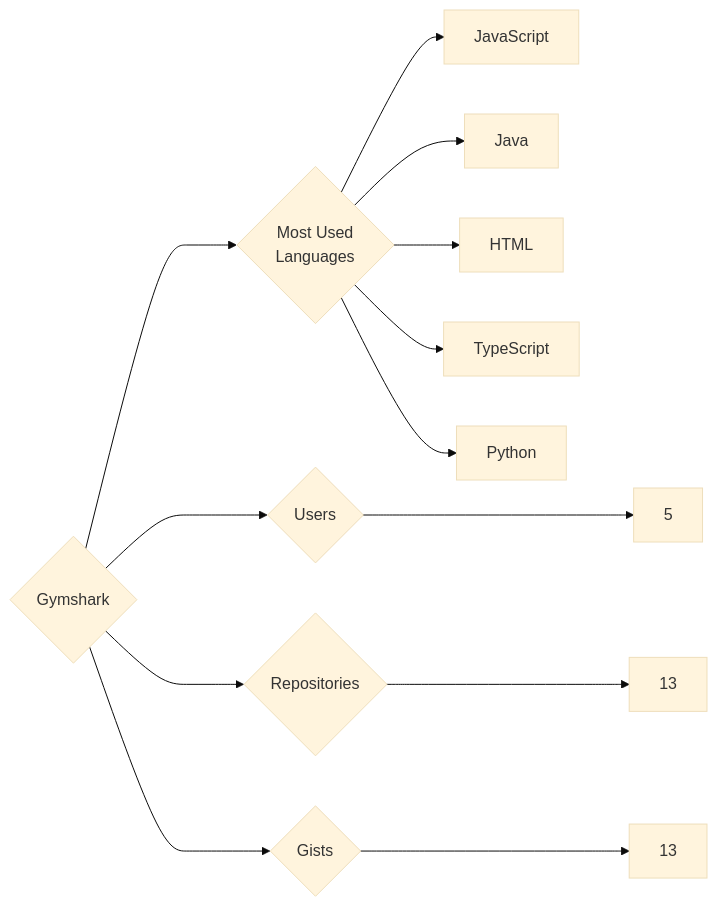
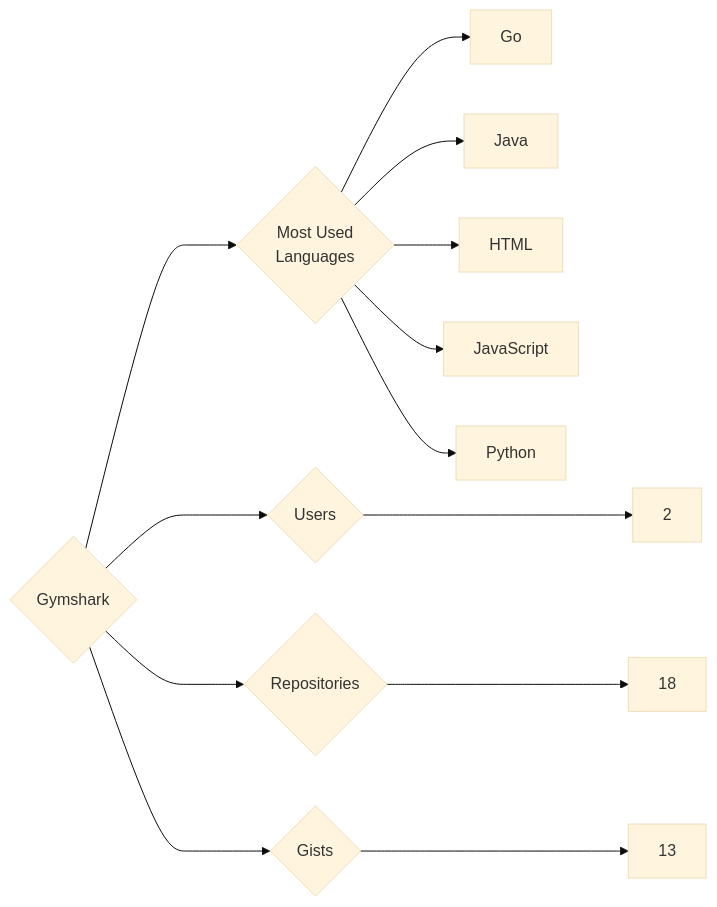
One commit to trickest/insiders changed the diagram in targets/Gymshark/README.md. Above: the diagram before and after it, drawn with Mermaid (base theme). The commit also changed 880 other files, not shown here.

````diff
--- a/targets/Gymshark/README.md
+++ b/targets/Gymshark/README.md
@@ -3,13 +3,13 @@
 ```mermaid
 graph LR
 COMPANY_NAME{Gymshark}
-COMPANY_NAME ---> U{Users} ---> UN[5]
-COMPANY_NAME ---> R{Repositories} ---> RN[13]
+COMPANY_NAME ---> U{Users} ---> UN[2]
+COMPANY_NAME ---> R{Repositories} ---> RN[18]
 COMPANY_NAME ---> G{Gists} ---> GN[13]
 COMPANY_NAME ---> ML{Most Used<br>Languages}
-ML --> JavaScript[JavaScript]
+ML --> Go[Go]
 ML --> Java[Java]
 ML --> HTML[HTML]
-ML --> TypeScript[TypeScript]
+ML --> JavaScript[JavaScript]
 ML --> Python[Python]
 ```
````
